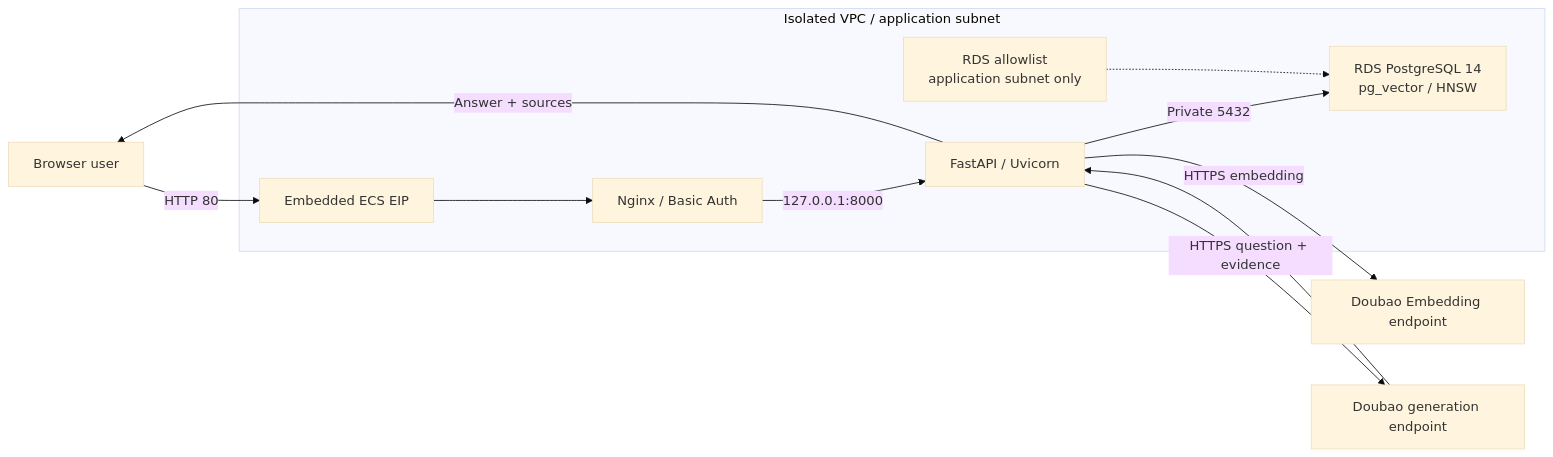
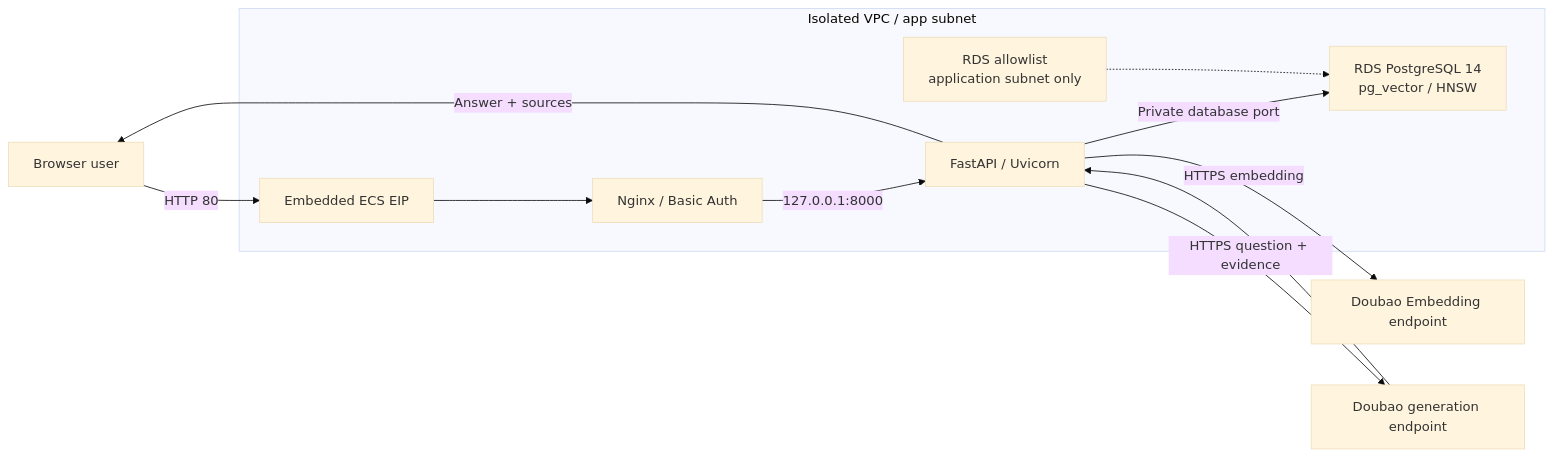
The diagram in README.md (terraform-volcenginecc-modules/terraform-volcenginecc-enterprise-ai-qa-system), drawn with Mermaid (base theme) before and after one commit. The commit also changed other lines of this file and 1 other file, not shown here.

````diff
--- a/README.md
+++ b/README.md
@@ -21,13 +23,13 @@
 ```mermaid
 flowchart LR
   User["Browser user"] -->|"HTTP 80"| EIP["Embedded ECS EIP"]
-  subgraph VPC["Isolated VPC / application subnet"]
+  subgraph VPC["Isolated VPC / app subnet"]
     EIP --> Nginx["Nginx / Basic Auth"]
     Nginx -->|"127.0.0.1:8000"| App["FastAPI / Uvicorn"]
-    App -->|"Private 5432"| PG["RDS PostgreSQL 14<br/>pg_vector / HNSW"]
+    App -->|"Private database port"| PG["RDS PostgreSQL 14<br/>pg_vector / HNSW"]
     ACL["RDS allowlist<br/>application subnet only"] -.-> PG
   end
   App -->|"HTTPS embedding"| Emb["Doubao Embedding endpoint"]
   App -->|"HTTPS question + evidence"| LLM["Doubao generation endpoint"]
   LLM --> App -->|"Answer + sources"| User
 ```
````
